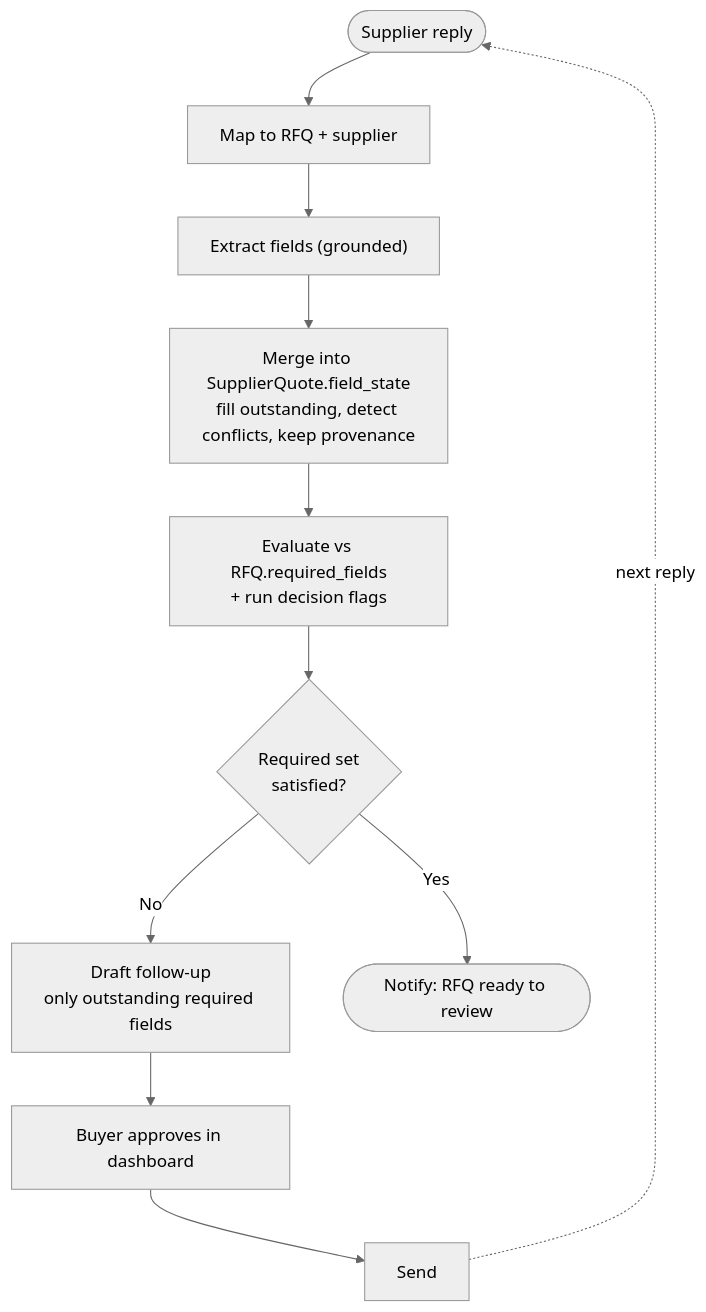
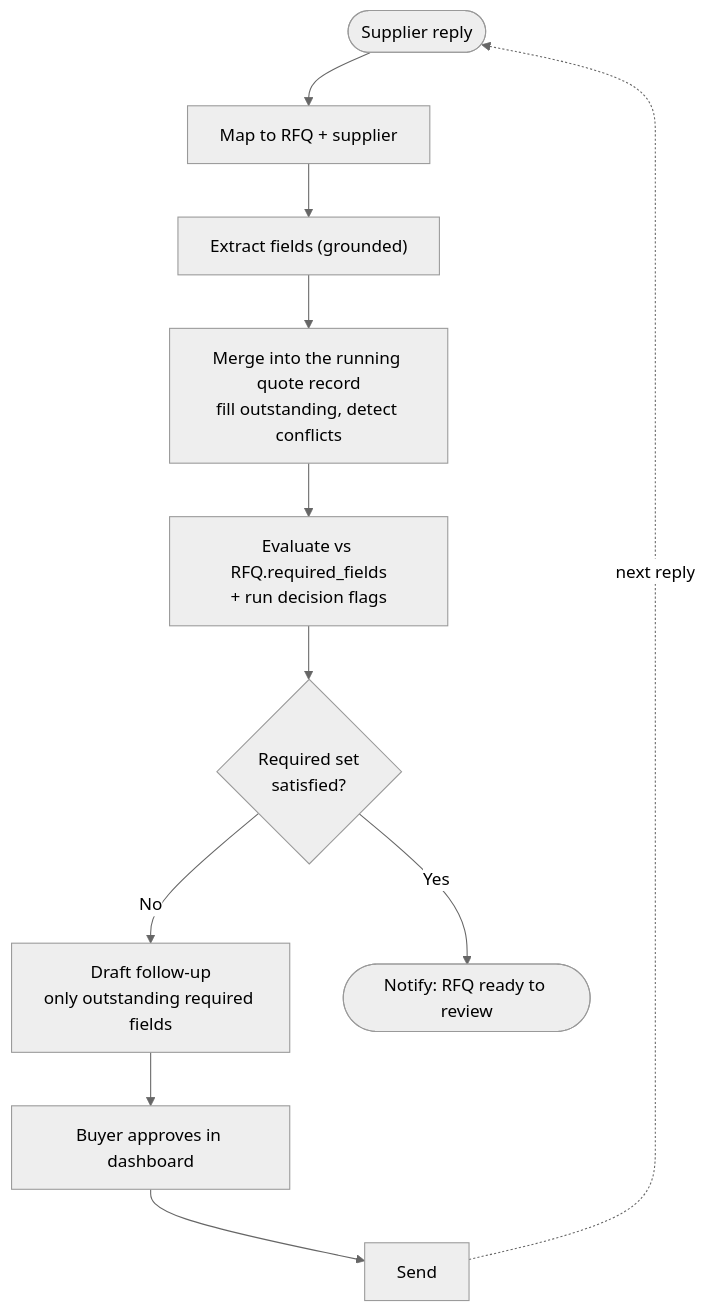
One commit to JayleeBot/ForgeFlow changed the second of 2 diagrams in README.md. Above: the diagram before and after it, drawn with Mermaid (neutral theme). The commit also changed other lines of this file, not shown here.

First line of the commit message:
Focus README architecture on agent behavior, drop storage layer

````diff
--- a/README.md
+++ b/README.md
@@ -60,13 +52,13 @@
 ```mermaid
 flowchart TD
     R(["Supplier reply"]) --> M["Map to RFQ + supplier"]
     M --> E["Extract fields (grounded)"]
-    E --> U["Merge into SupplierQuote.field_state<br/>fill outstanding, detect conflicts, keep provenance"]
+    E --> U["Merge into the running quote record<br/>fill outstanding, detect conflicts"]
     U --> K["Evaluate vs RFQ.required_fields<br/>+ run decision flags"]
     K --> D{"Required set<br/>satisfied?"}
     D -- No --> F["Draft follow-up<br/>only outstanding required fields"]
     F --> A["Buyer approves in dashboard"]
     A --> S["Send"]
     S -. next reply .-> R
     D -- Yes --> N(["Notify: RFQ ready to review"])
 ```
````
